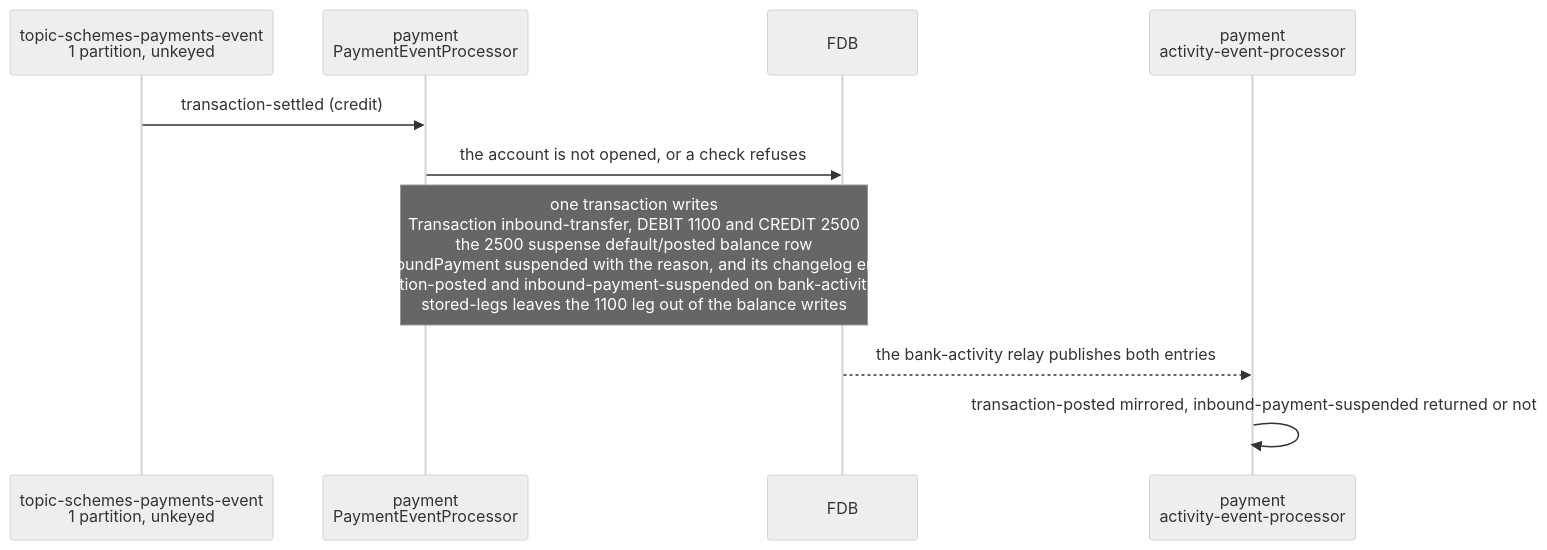
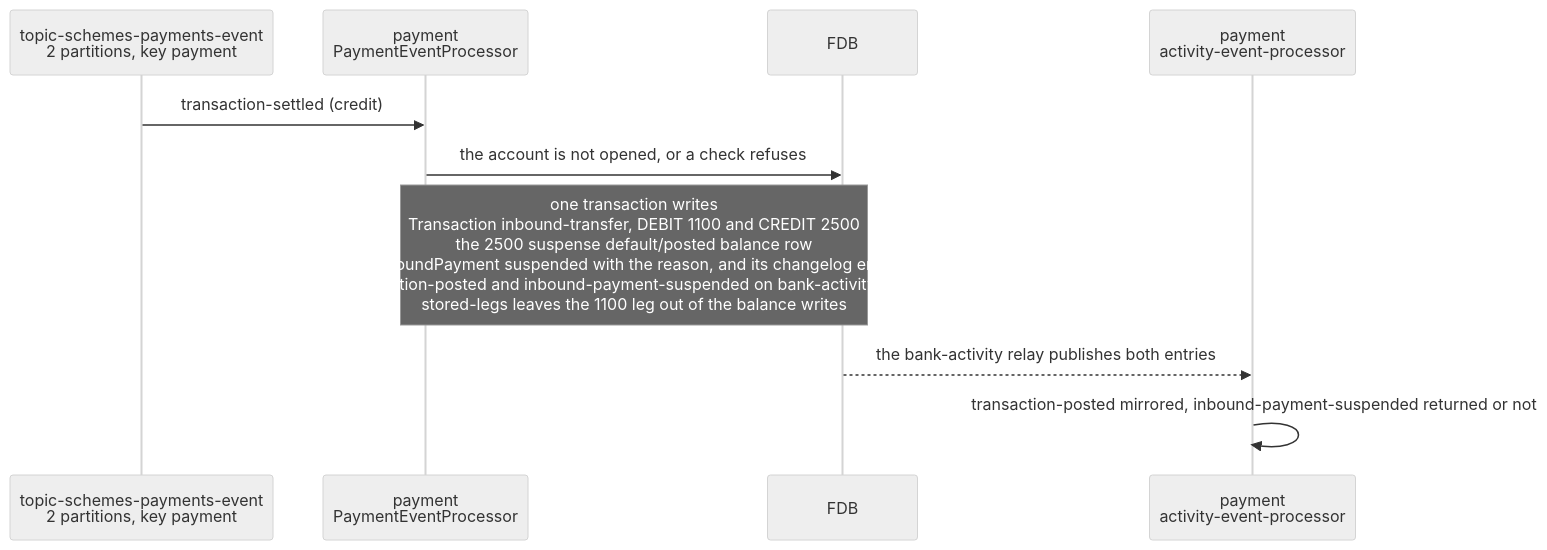
Before and after one commit to repldriven/queenswood: the third of 6 diagrams in docs/tdd/payments-inbound.md, drawn with Mermaid (neutral theme). The commit also changed other lines of this file and 2 other files, not shown here.

First line of the commit message:
Split the payments TDD into the provider contract and one TDD per payment flow

````diff
--- a/docs/tdd/payments-inbound.md
+++ b/docs/tdd/payments-inbound.md
@@ -104,12 +105,12 @@
 ```mermaid
 sequenceDiagram
-    participant SE as topic-schemes-payments-event<br/>1 partition, unkeyed
+    participant SE as topic-schemes-payments-event<br/>2 partitions, key payment
     participant PE as payment<br/>PaymentEventProcessor
     participant DB as FDB
     participant AP as payment<br/>activity-event-processor
     SE->>PE: transaction-settled (credit)
     PE->>DB: the account is not opened, or a check refuses
     Note over PE,DB: one transaction writes<br/>Transaction inbound-transfer, DEBIT 1100 and CREDIT 2500<br/>the 2500 suspense default/posted balance row<br/>InboundPayment suspended with the reason, and its changelog entry<br/>transaction-posted and inbound-payment-suspended on bank-activity-shard<br/>stored-legs leaves the 1100 leg out of the balance writes
     DB-->>AP: the bank-activity relay publishes both entries
     AP->>AP: transaction-posted mirrored, inbound-payment-suspended returned or not
 ```
````
